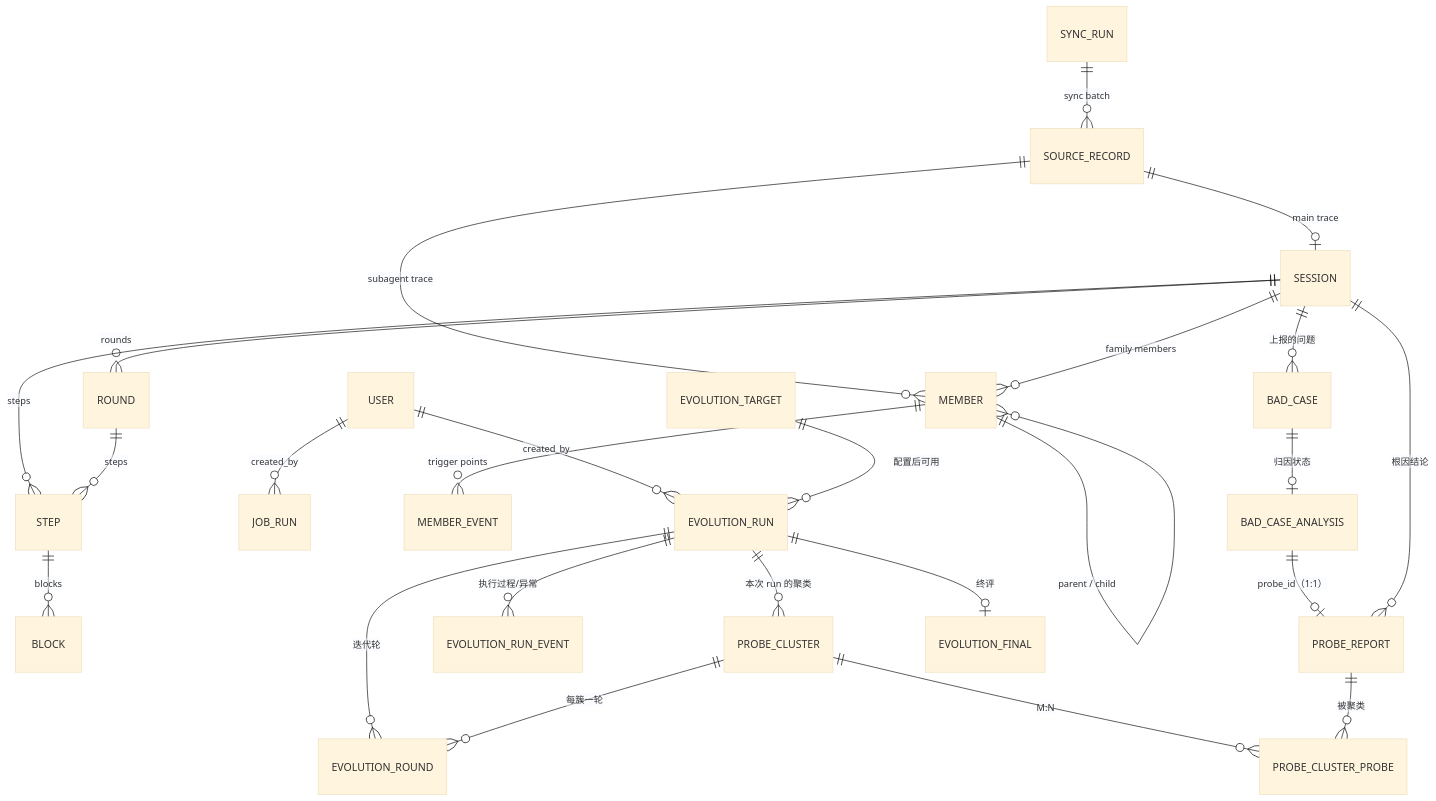
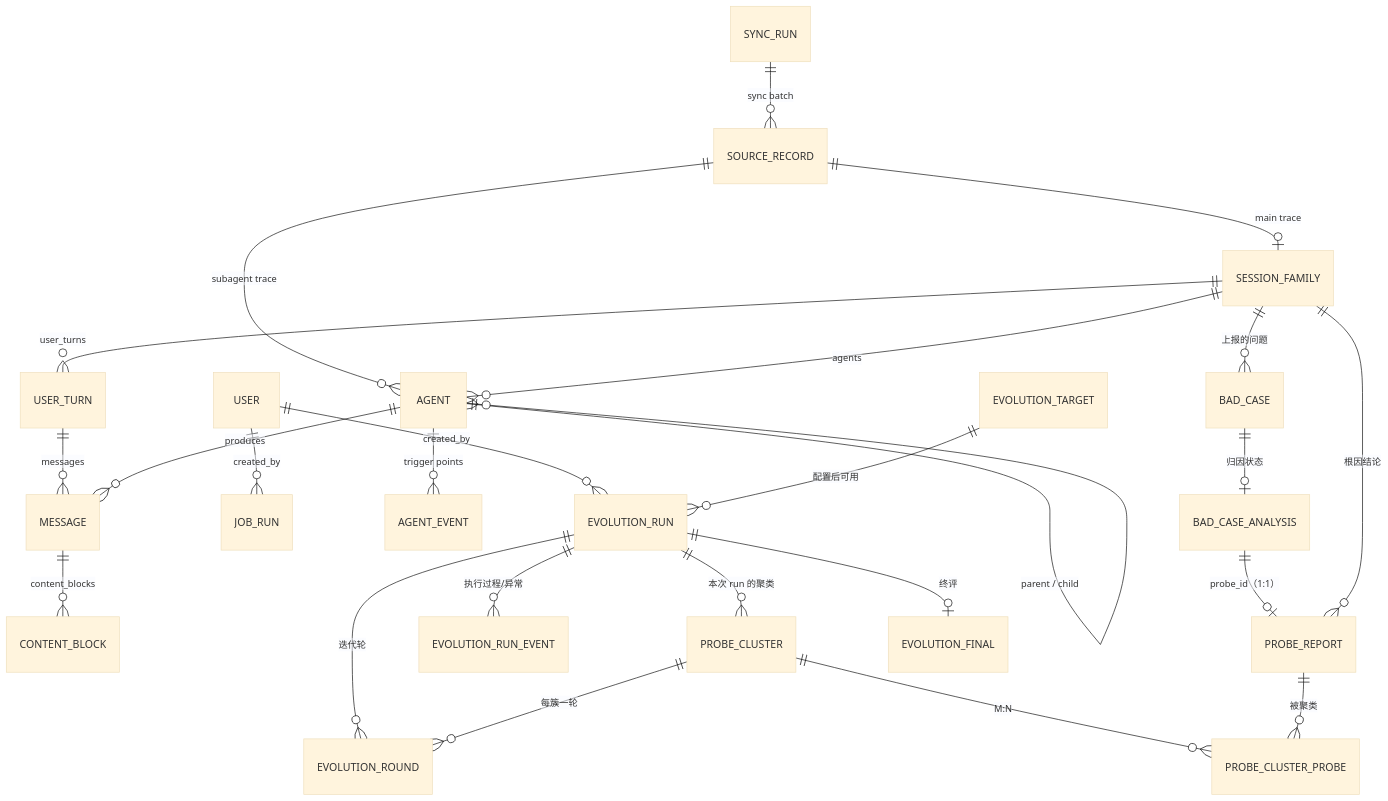
One commit to Shadow-Azure/harness-evolution changed the diagram in plans/fullstack-design/06-database-design.md. Above: the diagram before and after it, drawn with Mermaid (base theme). The commit also changed other lines of this file and 10 other files, not shown here.

````diff
--- a/plans/fullstack-design/06-database-design.md
+++ b/plans/fullstack-design/06-database-design.md
@@ -65,29 +74,29 @@
 ```mermaid
 erDiagram
     USER ||--o{ EVOLUTION_RUN : "created_by"
     USER ||--o{ JOB_RUN : "created_by"
     SYNC_RUN ||--o{ SOURCE_RECORD : "sync batch"
-    SOURCE_RECORD ||--o| SESSION : "main trace"
-    SOURCE_RECORD ||--o{ MEMBER : "subagent trace"
-    SESSION ||--o{ MEMBER : "family members"
-    MEMBER ||--o{ MEMBER : "parent / child"
-    MEMBER ||--o{ MEMBER_EVENT : "trigger points"
-    SESSION ||--o{ ROUND : "rounds"
-    SESSION ||--o{ STEP : "steps"
-    ROUND ||--o{ STEP : "steps"
-    STEP ||--o{ BLOCK : "blocks"
+    SOURCE_RECORD ||--o| SESSION_FAMILY : "main trace"
+    SOURCE_RECORD ||--o{ AGENT : "subagent trace"
+    SESSION_FAMILY ||--o{ AGENT : "agents"
+    AGENT ||--o{ AGENT : "parent / child"
+    AGENT ||--o{ AGENT_EVENT : "trigger points"
+    SESSION_FAMILY ||--o{ USER_TURN : "user_turns"
+    USER_TURN ||--o{ MESSAGE : "messages"
+    AGENT ||--o{ MESSAGE : "produces"
+    MESSAGE ||--o{ CONTENT_BLOCK : "content_blocks"
 
-    SESSION ||--o{ BAD_CASE : "上报的问题"
+    SESSION_FAMILY ||--o{ BAD_CASE : "上报的问题"
     BAD_CASE ||--o| BAD_CASE_ANALYSIS : "归因状态"
     BAD_CASE_ANALYSIS ||--o| PROBE_REPORT : "probe_id（1:1）"
-    SESSION ||--o{ PROBE_REPORT : "根因结论"
+    SESSION_FAMILY ||--o{ PROBE_REPORT : "根因结论"
 
     EVOLUTION_TARGET ||--o{ EVOLUTION_RUN : "配置后可用"
     EVOLUTION_RUN ||--o{ EVOLUTION_RUN_EVENT : "执行过程/异常"
     EVOLUTION_RUN ||--o{ PROBE_CLUSTER : "本次 run 的聚类"
     PROBE_CLUSTER ||--o{ PROBE_CLUSTER_PROBE : "M:N"
     PROBE_REPORT ||--o{ PROBE_CLUSTER_PROBE : "被聚类"
     EVOLUTION_RUN ||--o{ EVOLUTION_ROUND : "迭代轮"
     PROBE_CLUSTER ||--o{ EVOLUTION_ROUND : "每簇一轮"
     EVOLUTION_RUN ||--o| EVOLUTION_FINAL : "终评"
 ```
````
